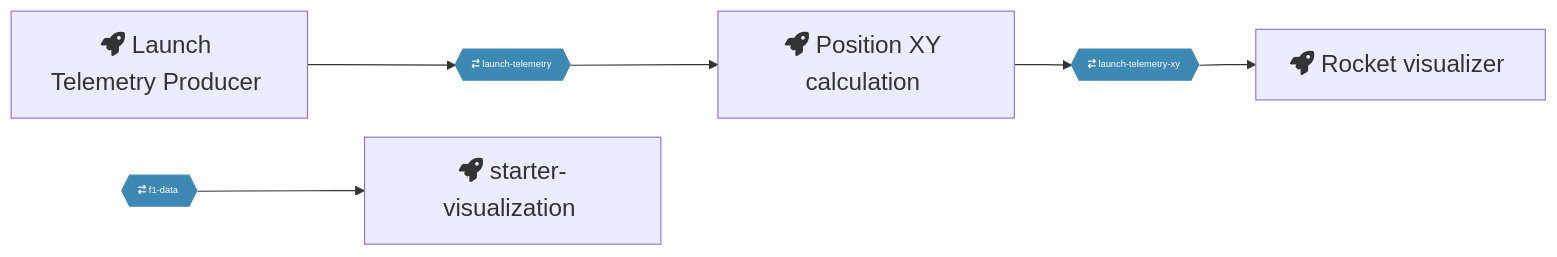
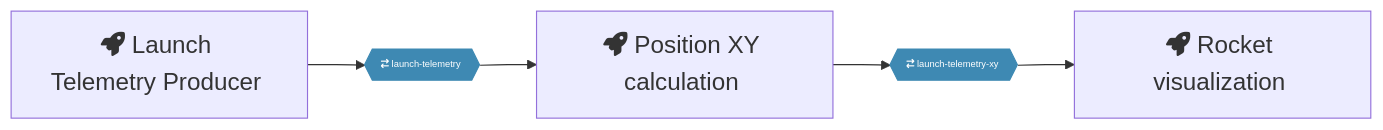
The diagram in pipeline.md (PatrickMiraP/space-x-launch-visualizer), drawn with Mermaid before and after one commit. The commit also changed 7 other files, not shown here.

Commit message:
Remove starter-visualization

````diff
--- a/pipeline.md
+++ b/pipeline.md
@@ -1,16 +1,15 @@
 ```mermaid
 %%{ init: { 'flowchart': { 'curve': 'monotoneX' } } }%%
 graph LR;
 Launch_Telemetry_Producer[fa:fa-rocket Launch Telemetry Producer &#8205] --> launch-telemetry{{ fa:fa-arrow-right-arrow-left launch-telemetry &#8205}}:::topic;
 launch-telemetry{{ fa:fa-arrow-right-arrow-left launch-telemetry &#8205}}:::topic --> Position_XY_calculation[fa:fa-rocket Position XY calculation &#8205];
 Position_XY_calculation[fa:fa-rocket Position XY calculation &#8205] --> launch-telemetry-xy{{ fa:fa-arrow-right-arrow-left launch-telemetry-xy &#8205}}:::topic;
-launch-telemetry-xy{{ fa:fa-arrow-right-arrow-left launch-telemetry-xy &#8205}}:::topic --> Rocket_visualizer[fa:fa-rocket Rocket visualizer &#8205];
-f1-data{{ fa:fa-arrow-right-arrow-left f1-data &#8205}}:::topic --> starter-visualization[fa:fa-rocket starter-visualization &#8205];
+launch-telemetry-xy{{ fa:fa-arrow-right-arrow-left launch-telemetry-xy &#8205}}:::topic --> Rocket_visualization[fa:fa-rocket Rocket visualization &#8205];
 
 
 classDef default font-size:110%;
 classDef topic font-size:80%;
 classDef topic fill:#3E89B3;
 classDef topic stroke:#3E89B3;
 classDef topic color:white;
 ```
````
